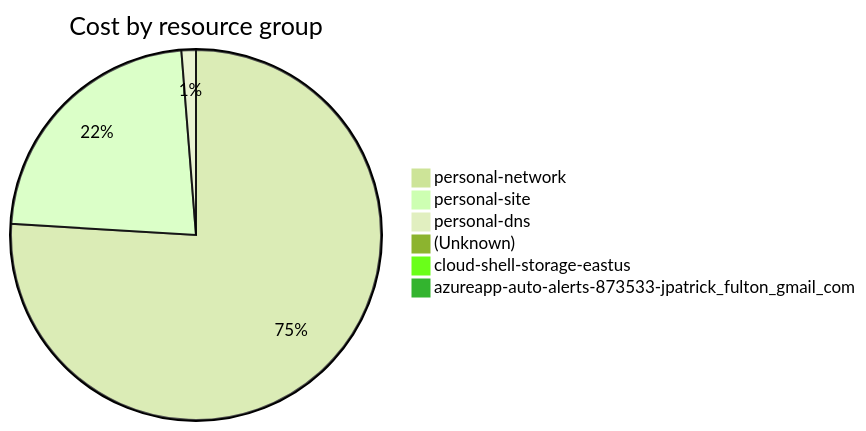
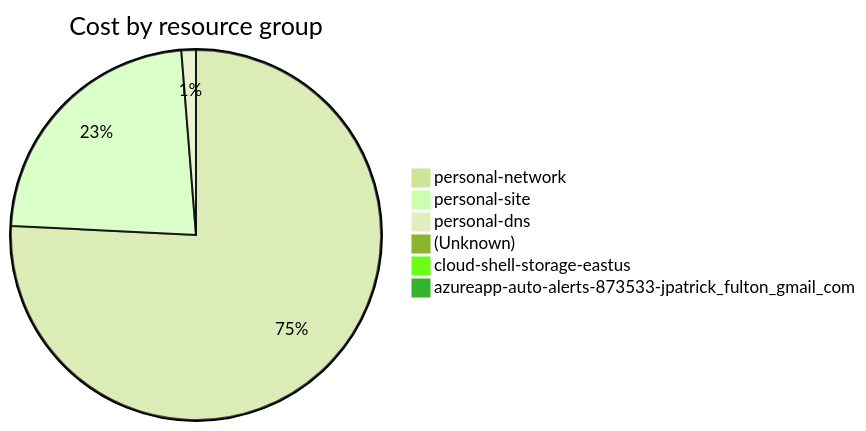
The fourth of 4 diagrams in cost-reports/accumulated-cost.md (jpfulton/azure-personal-reports), drawn with Mermaid (forest theme) before and after one commit. The commit also changed other lines of this file and 4 other files, not shown here.

````diff
--- a/cost-reports/accumulated-cost.md
+++ b/cost-reports/accumulated-cost.md
@@ -156,10 +156,10 @@
 ```mermaid
 pie
    title Cost by resource group
-   "personal-network" : 35.52
-   "personal-site" : 10.65
-   "personal-dns" : 0.59
-   "(Unknown)" : 0.43
-   "cloud-shell-storage-eastus" : 0.19
+   "personal-network" : 37.05
+   "personal-site" : 11.22
+   "personal-dns" : 0.62
+   "(Unknown)" : 0.46
+   "cloud-shell-storage-eastus" : 0.20
    "azureapp-auto-alerts-873533-jpatrick_fulton_gmail_com" : 0.00
 ```
````
